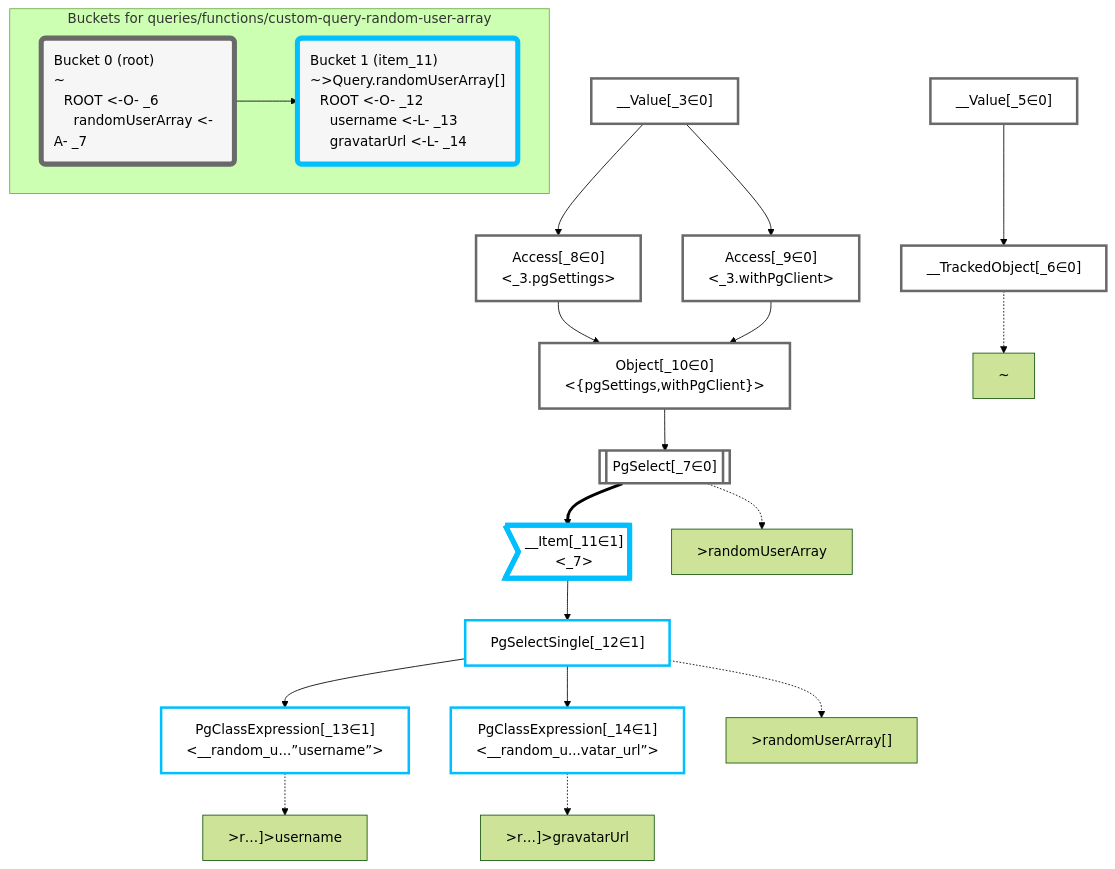
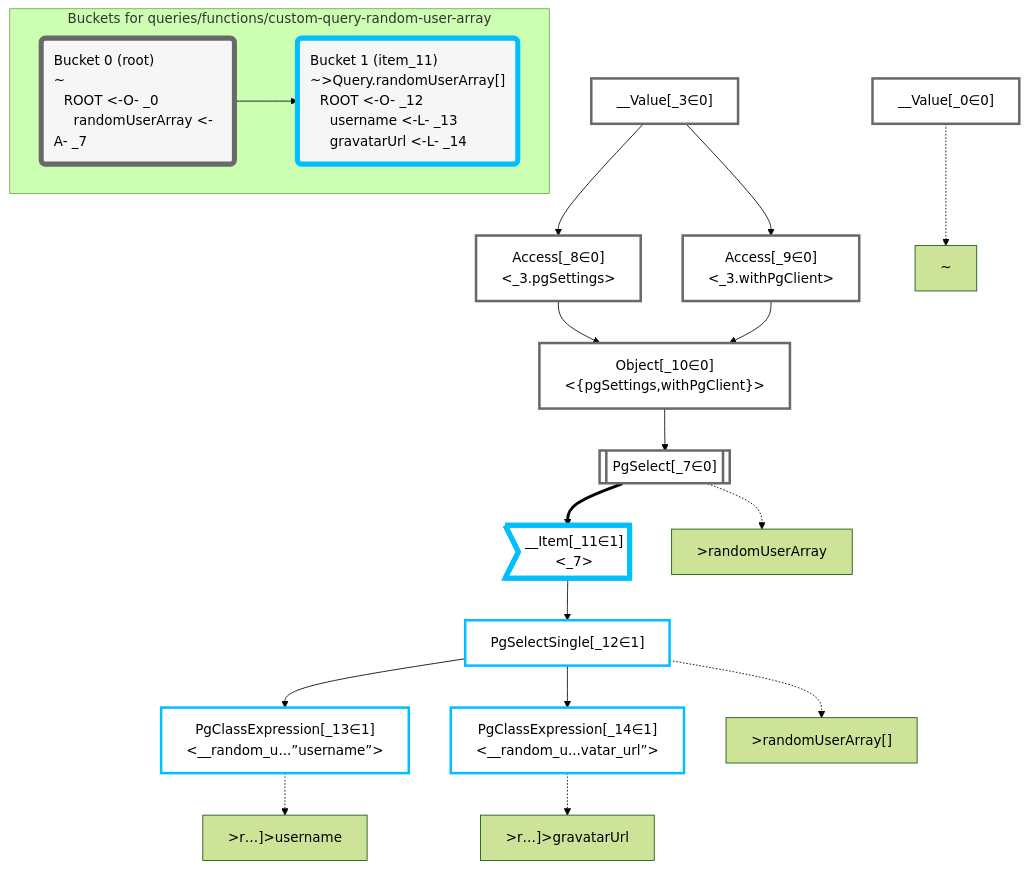
Before and after one commit to graphile/crystal: the diagram in packages/dataplan-pg/__tests__/queries/functions/custom-query-random-user-array.deopt.mermaid.md, drawn with Mermaid (forest theme). The commit also changed 193 other files, not shown here.

Commit message:
Update test plan snapshots with new root plan

````diff
--- a/packages/dataplan-pg/__tests__/queries/functions/custom-query-random-user-array.deopt.mermaid.md
+++ b/packages/dataplan-pg/__tests__/queries/functions/custom-query-random-user-array.deopt.mermaid.md
@@ -1,60 +1,58 @@
 ```mermaid
 graph TD
     classDef path fill:#eee,stroke:#000,color:#000
     classDef plan fill:#fff,stroke-width:3px,color:#000
     classDef itemplan fill:#fff,stroke-width:6px,color:#000
     classDef sideeffectplan fill:#f00,stroke-width:6px,color:#000
     classDef bucket fill:#f6f6f6,color:#000,stroke-width:6px,text-align:left
 
 
     %% define plans
+    __Value_0["__Value[_0∈0]"]:::plan
     __Value_3["__Value[_3∈0]<br /><context>"]:::plan
-    __Value_5["__Value[_5∈0]<br /><rootValue>"]:::plan
-    __TrackedObject_6["__TrackedObject[_6∈0]"]:::plan
     PgSelect_7[["PgSelect[_7∈0]<br /><random_user_array>"]]:::plan
     Access_8["Access[_8∈0]<br /><_3.pgSettings>"]:::plan
     Access_9["Access[_9∈0]<br /><_3.withPgClient>"]:::plan
     Object_10["Object[_10∈0]<br /><{pgSettings,withPgClient}>"]:::plan
     __Item_11>"__Item[_11∈1]<br /><_7>"]:::itemplan
     PgSelectSingle_12["PgSelectSingle[_12∈1]<br /><random_user_array>"]:::plan
     PgClassExpression_13["PgClassExpression[_13∈1]<br /><__random_u...”username”>"]:::plan
     PgClassExpression_14["PgClassExpression[_14∈1]<br /><__random_u...vatar_url”>"]:::plan
 
     %% plan dependencies
-    __Value_5 --> __TrackedObject_6
     Object_10 --> PgSelect_7
     __Value_3 --> Access_8
     __Value_3 --> Access_9
     Access_8 --> Object_10
     Access_9 --> Object_10
     PgSelect_7 ==> __Item_11
     __Item_11 --> PgSelectSingle_12
     PgSelectSingle_12 --> PgClassExpression_13
     PgSelectSingle_12 --> PgClassExpression_14
 
     %% plan-to-path relationships
-    P_6["~"]
-    __TrackedObject_6 -.-> P_6
+    P_0["~"]
+    __Value_0 -.-> P_0
     P_7[">randomUserArray"]
     PgSelect_7 -.-> P_7
     P_12[">randomUserArray[]"]
     PgSelectSingle_12 -.-> P_12
     P_13[">r…]>username"]
     PgClassExpression_13 -.-> P_13
     P_14[">r…]>gravatarUrl"]
     PgClassExpression_14 -.-> P_14
 
     %% allocate buckets
     classDef bucket0 stroke:#696969
-    class __Value_3,__Value_5,__TrackedObject_6,PgSelect_7,Access_8,Access_9,Object_10 bucket0
+    class __Value_0,__Value_3,PgSelect_7,Access_8,Access_9,Object_10 bucket0
     classDef bucket1 stroke:#00bfff
     class __Item_11,PgSelectSingle_12,PgClassExpression_13,PgClassExpression_14 bucket1
 
     subgraph "Buckets for queries/functions/custom-query-random-user-array"
-    Bucket0("Bucket 0 (root)<br />~<br />⠀ROOT <-O- _6<br />⠀⠀randomUserArray <-A- _7"):::bucket
+    Bucket0("Bucket 0 (root)<br />~<br />⠀ROOT <-O- _0<br />⠀⠀randomUserArray <-A- _7"):::bucket
     style Bucket0 stroke:#696969
     Bucket1("Bucket 1 (item_11)<br />~>Query.randomUserArray[]<br />⠀ROOT <-O- _12<br />⠀⠀username <-L- _13<br />⠀⠀gravatarUrl <-L- _14"):::bucket
     style Bucket1 stroke:#00bfff
     Bucket0 --> Bucket1
     end
 ```
````
